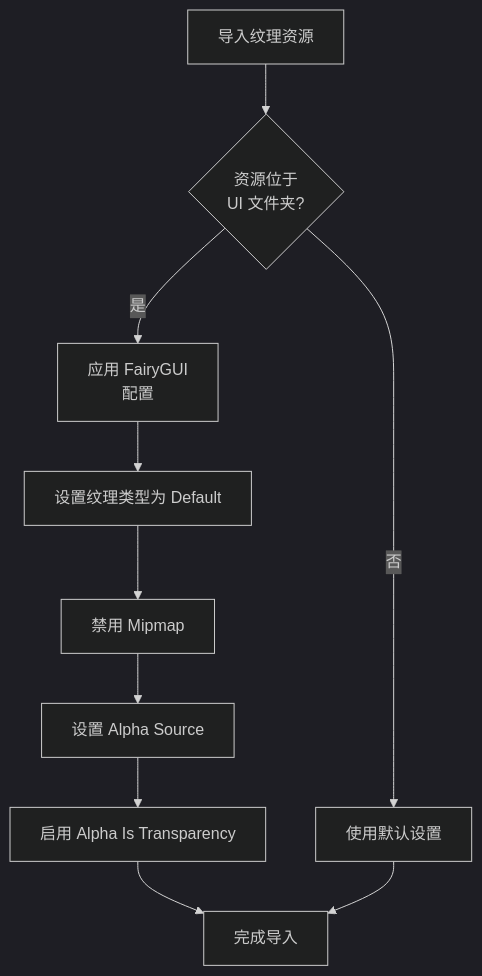
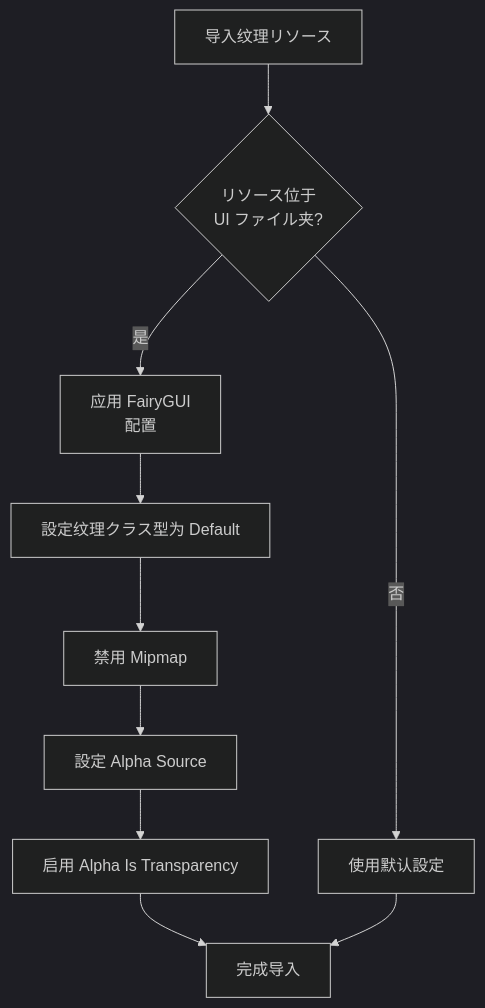
Before and after one commit to AlianBlank/GameFrameX.Docs: the second of 2 diagrams in docs/ja/client/unity/component/ui-fairygui/14.editor-config.md, drawn with Mermaid (dark theme). The commit also changed other lines of this file and 603 other files, not shown here.

````diff
--- a/docs/ja/client/unity/component/ui-fairygui/14.editor-config.md
+++ b/docs/ja/client/unity/component/ui-fairygui/14.editor-config.md
@@ -140,12 +140,12 @@
 ```mermaid
 flowchart TD
-    A[导入纹理资源] --> B{资源位于<br/>UI 文件夹?}
-    B -->|否| C[使用默认设置]
+    A[导入纹理リソース] --> B{リソース位于<br/>UI ファイル夹?}
+    B -->|否| C[使用默认設定]
     B -->|是| D[应用 FairyGUI<br/>配置]
-    D --> E[设置纹理类型为 Default]
+    D --> E[設定纹理クラス型为 Default]
     E --> F[禁用 Mipmap]
-    F --> G[设置 Alpha Source]
+    F --> G[設定 Alpha Source]
     G --> H[启用 Alpha Is Transparency]
     H --> I[完成导入]
     C --> I
 ```
````
